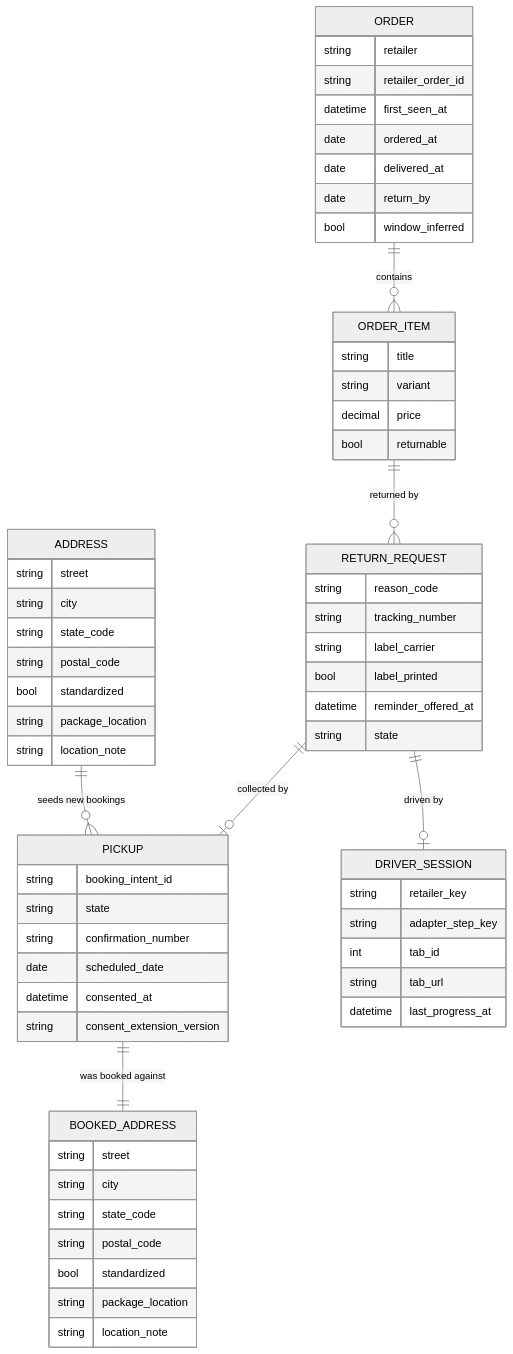
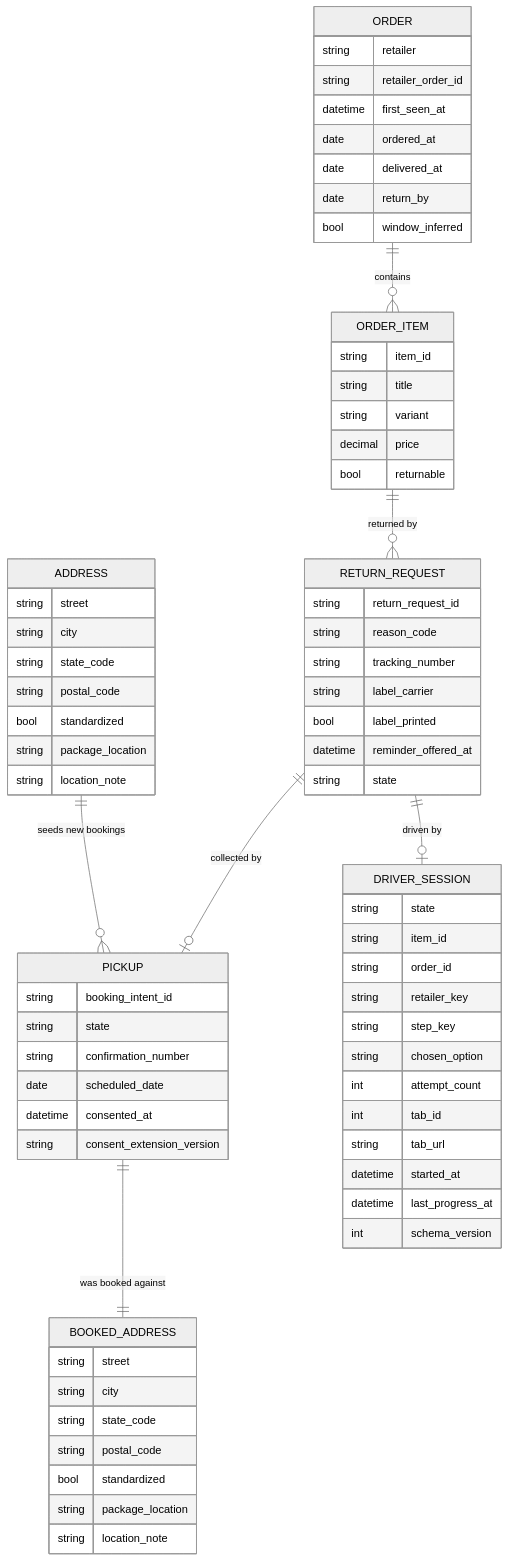
One commit to jacklvd/boomerang changed the first of 7 diagrams in design/boomerang-requirements.md. Above: the diagram before and after it, drawn with Mermaid (neutral theme). The commit also changed other lines of this file and 4 other files, not shown here.

````diff
--- a/design/boomerang-requirements.md
+++ b/design/boomerang-requirements.md
@@ -58,66 +58,75 @@
 ```mermaid
 erDiagram
     ORDER ||--o{ ORDER_ITEM : "contains"
     ORDER_ITEM ||--o{ RETURN_REQUEST : "returned by"
     RETURN_REQUEST ||--o| PICKUP : "collected by"
     RETURN_REQUEST ||--o| DRIVER_SESSION : "driven by"
     ADDRESS ||--o{ PICKUP : "seeds new bookings"
     PICKUP ||--|| BOOKED_ADDRESS : "was booked against"
 
     ORDER {
         string retailer
         string retailer_order_id
         datetime first_seen_at
         date ordered_at
         date delivered_at
         date return_by
         bool window_inferred
     }
     ORDER_ITEM {
+        string item_id
         string title
         string variant
         decimal price
         bool returnable
     }
     RETURN_REQUEST {
+        string return_request_id
         string reason_code
         string tracking_number
         string label_carrier
         bool label_printed
         datetime reminder_offered_at
         string state
     }
     PICKUP {
         string booking_intent_id
         string state
         string confirmation_number
         date scheduled_date
         datetime consented_at
         string consent_extension_version
     }
     DRIVER_SESSION {
+        string state
+        string item_id
+        string order_id
         string retailer_key
-        string adapter_step_key
+        string step_key
+        string chosen_option
+        int attempt_count
         int tab_id
         string tab_url
+        datetime started_at
         datetime last_progress_at
+        int schema_version
     }
     BOOKED_ADDRESS {
         string street
         string city
         string state_code
         string postal_code
         bool standardized
         string package_location
         string location_note
     }
     ADDRESS {
         string street
         string city
         string state_code
         string postal_code
         bool standardized
         string package_location
         string location_note
     }
 ```
````
